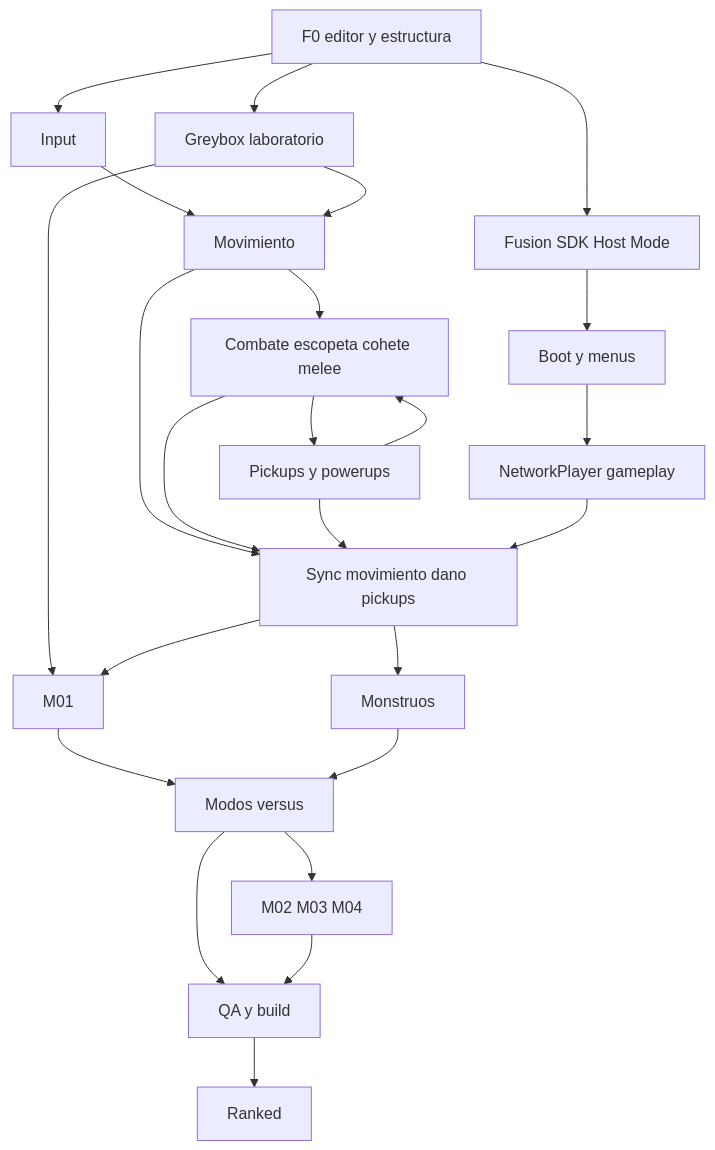
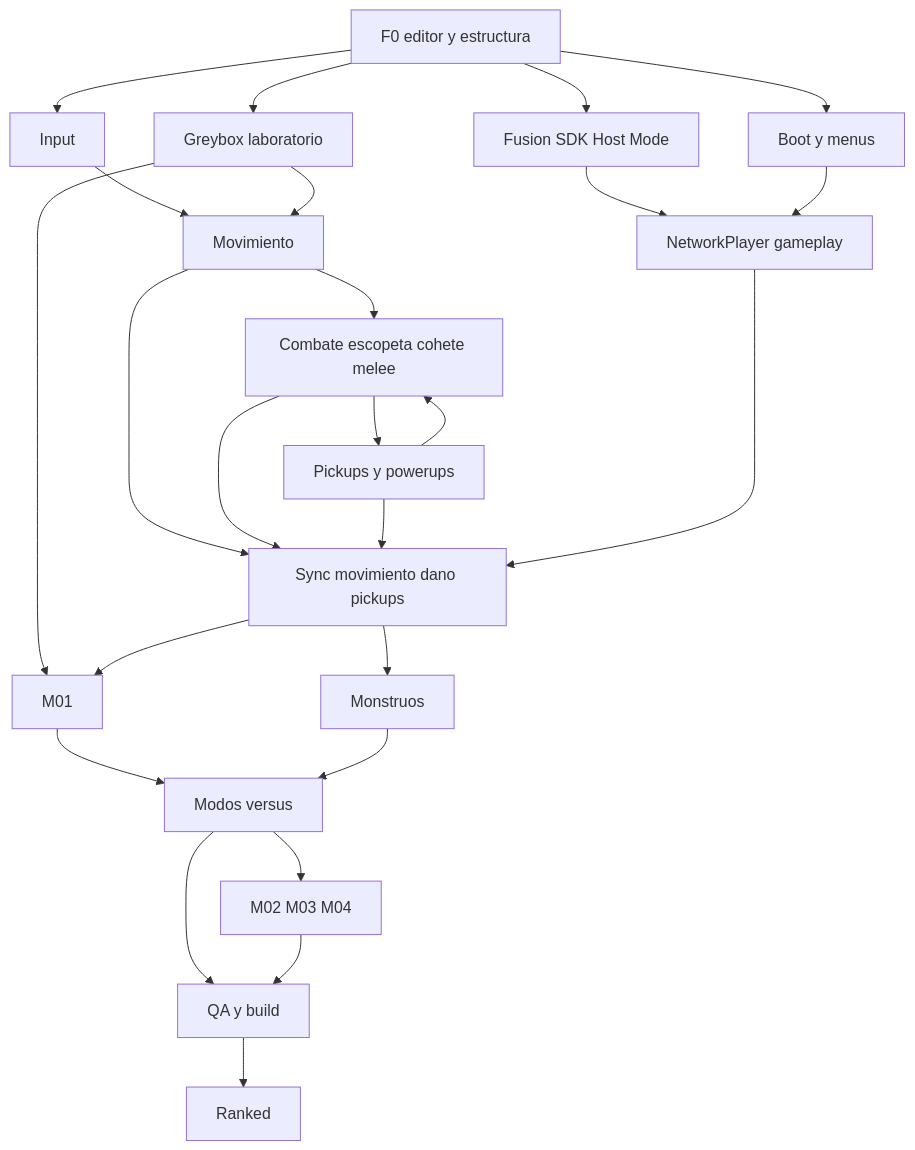
One commit to EduardoA-J/MEATGRINDER changed the first of 3 diagrams in Documentation/DEPENDENCY_GRAPH.md. Above: the diagram before and after it, drawn with Mermaid. The commit also changed other lines of this file and 51 other files, not shown here.

````diff
--- a/Documentation/DEPENDENCY_GRAPH.md
+++ b/Documentation/DEPENDENCY_GRAPH.md
@@ -10,43 +10,44 @@
 ```mermaid
 flowchart TD
   audit[F0 editor y estructura]
   fusionSdk[Fusion SDK Host Mode]
   input[Input]
   greybox[Greybox laboratorio]
   move[Movimiento]
   combat[Combate escopeta cohete melee]
   pickups[Pickups y powerups]
   boot[Boot y menus]
   netPlayer[NetworkPlayer gameplay]
   sync[Sync movimiento dano pickups]
   monsters[Monstruos]
   m01[M01]
   modes[Modos versus]
   mapsRest[M02 M03 M04]
   ranked[Ranked]
   qa[QA y build]
 
   audit --> input
   audit --> greybox
   audit --> fusionSdk
   input --> move
   greybox --> move
   move --> combat
   combat --> pickups
   pickups --> combat
-  fusionSdk --> boot
+  audit --> boot
+  fusionSdk --> netPlayer
   boot --> netPlayer
   move --> sync
   combat --> sync
   pickups --> sync
   netPlayer --> sync
   sync --> monsters
   greybox --> m01
   sync --> m01
   m01 --> modes
   monsters --> modes
   modes --> mapsRest
   modes --> qa
   mapsRest --> qa
   qa --> ranked
 ```
````
